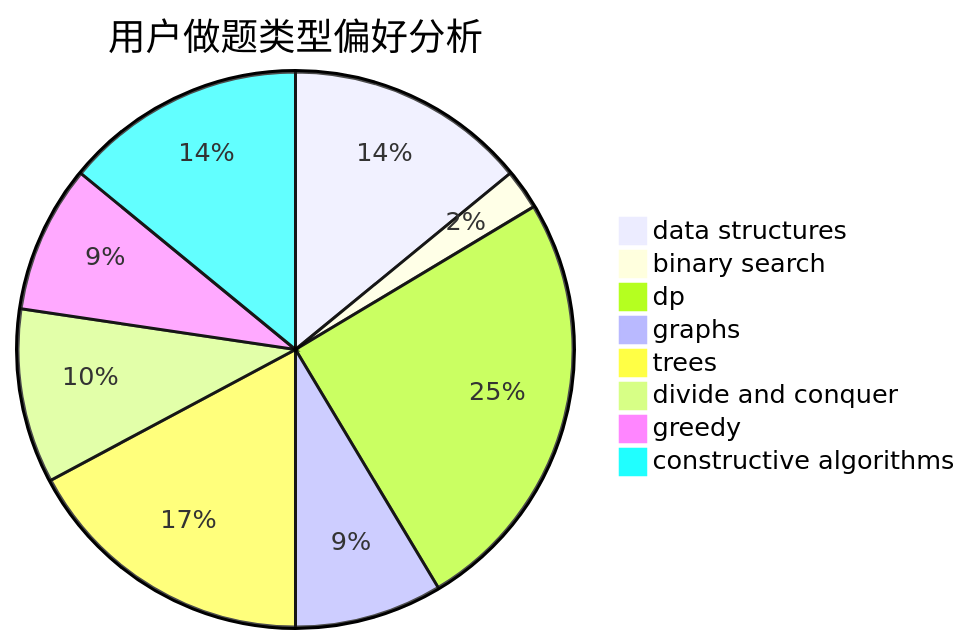
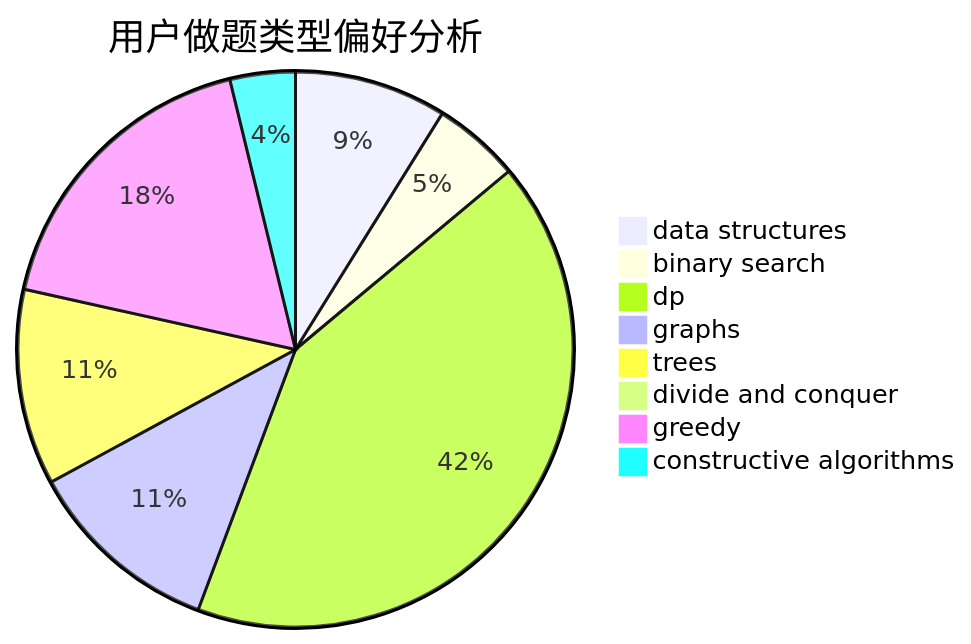
The second of 3 diagrams in docs/user/u2739.md (sherpahu/cfrs.github.io), drawn with Mermaid before and after one commit. The commit also changed other lines of this file and 2770 other files, not shown here.

````diff
--- a/docs/user/u2739.md
+++ b/docs/user/u2739.md
@@ -23,11 +23,11 @@
 ```mermaid
 pie title 用户做题类型偏好分析
-    "data structures" :  18
-    "binary search" :  3
-    "dp" :  32
-    "graphs" :  11
-    "trees" :  22
-    "divide and conquer" :  13
-    "greedy" :  11
-    "constructive algorithms" :  18
+    "data structures" :  7
+    "binary search" :  4
+    "dp" :  33
+    "graphs" :  9
+    "trees" :  9
+    "divide and conquer" :  0
+    "greedy" :  14
+    "constructive algorithms" :  3
 ```
````
